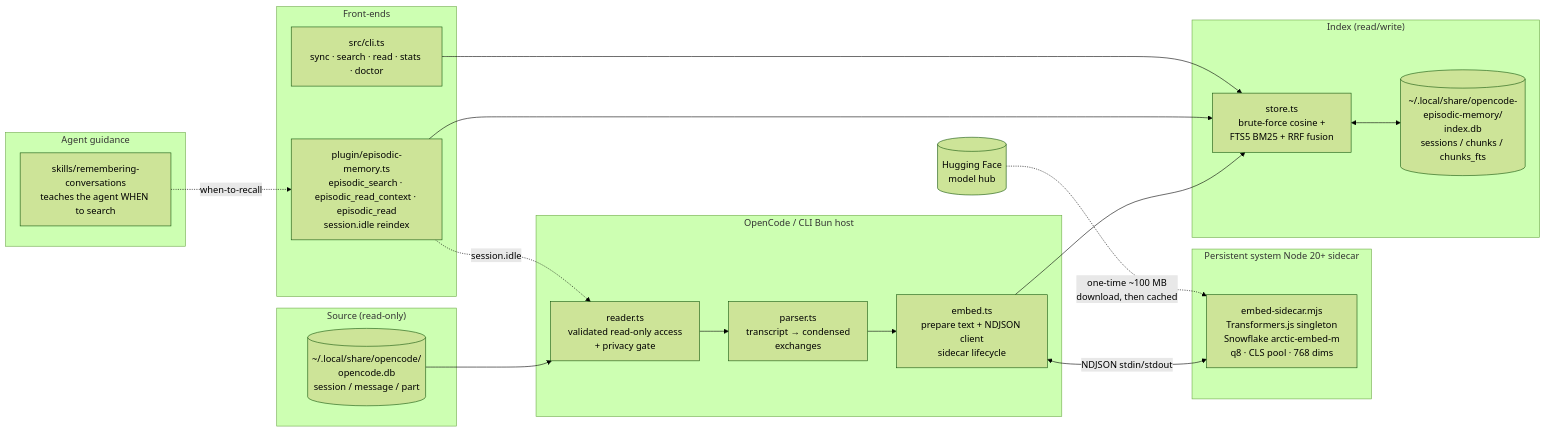
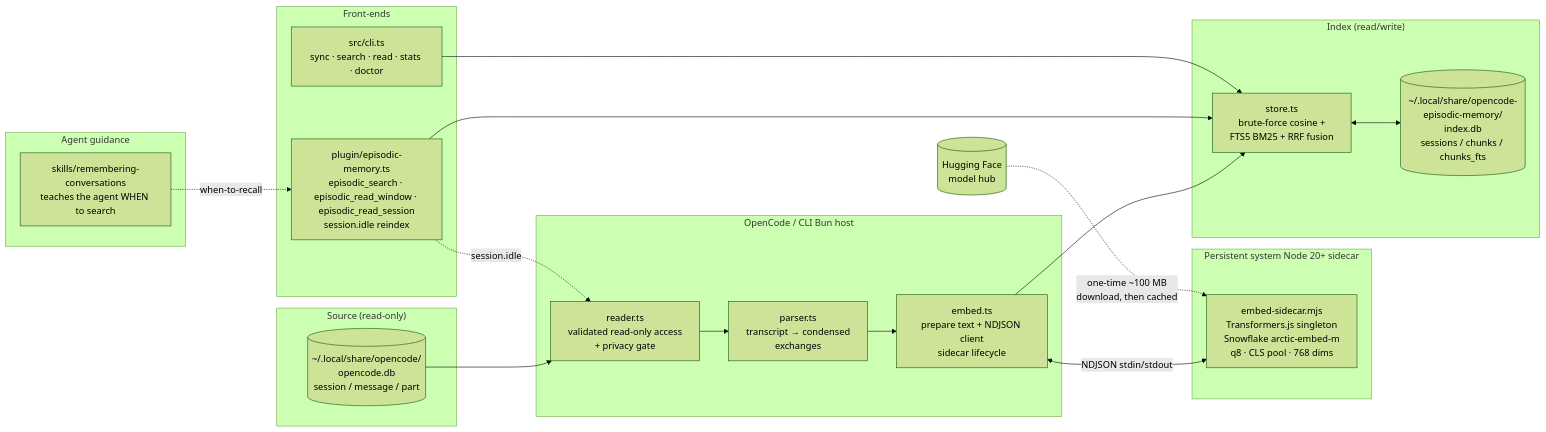
Before and after one commit to robertn702/opencode-episodic-memory: the first of 3 diagrams in ARCHITECTURE.md, drawn with Mermaid (forest theme). The commit also changed other lines of this file and 9 other files, not shown here.

Commit message:
fix: rename episodic read tools

````diff
--- a/ARCHITECTURE.md
+++ b/ARCHITECTURE.md
@@ -18,41 +18,41 @@
 ```mermaid
 flowchart LR
     subgraph Source["Source (read-only)"]
         OCDB[("~/.local/share/opencode/<br/>opencode.db<br/>session / message / part")]
     end
 
     subgraph BunHost["OpenCode / CLI Bun host"]
         R[reader.ts<br/>validated read-only access<br/>+ privacy gate]
         P[parser.ts<br/>transcript → condensed<br/>exchanges]
         E[embed.ts<br/>prepare text + NDJSON client<br/>sidecar lifecycle]
     end
 
     subgraph NodeSidecar["Persistent system Node 20+ sidecar"]
         ES[embed-sidecar.mjs<br/>Transformers.js singleton<br/>Snowflake arctic-embed-m<br/>q8 · CLS pool · 768 dims]
     end
 
     subgraph Index["Index (read/write)"]
         IDB[("~/.local/share/opencode-episodic-memory/<br/>index.db<br/>sessions / chunks / chunks_fts")]
         S[store.ts<br/>brute-force cosine +<br/>FTS5 BM25 + RRF fusion]
     end
 
     subgraph Frontends["Front-ends"]
-        PLG[plugin/episodic-memory.ts<br/>episodic_search · episodic_read_context · episodic_read<br/>session.idle reindex]
+        PLG[plugin/episodic-memory.ts<br/>episodic_search · episodic_read_window · episodic_read_session<br/>session.idle reindex]
         CLI[src/cli.ts<br/>sync · search · read · stats · doctor]
     end
 
     subgraph Skill["Agent guidance"]
         SK[skills/remembering-conversations<br/>teaches the agent WHEN to search]
     end
 
     OCDB --> R --> P --> E
     E <-->|NDJSON stdin/stdout| ES
     E --> S
     S <--> IDB
     PLG --> S
     CLI --> S
     PLG -.->|session.idle| R
     SK -.when-to-recall.-> PLG
 
     HF[(Hugging Face<br/>model hub)] -.one-time ~100 MB<br/>download, then cached.-> ES
 ```
````
